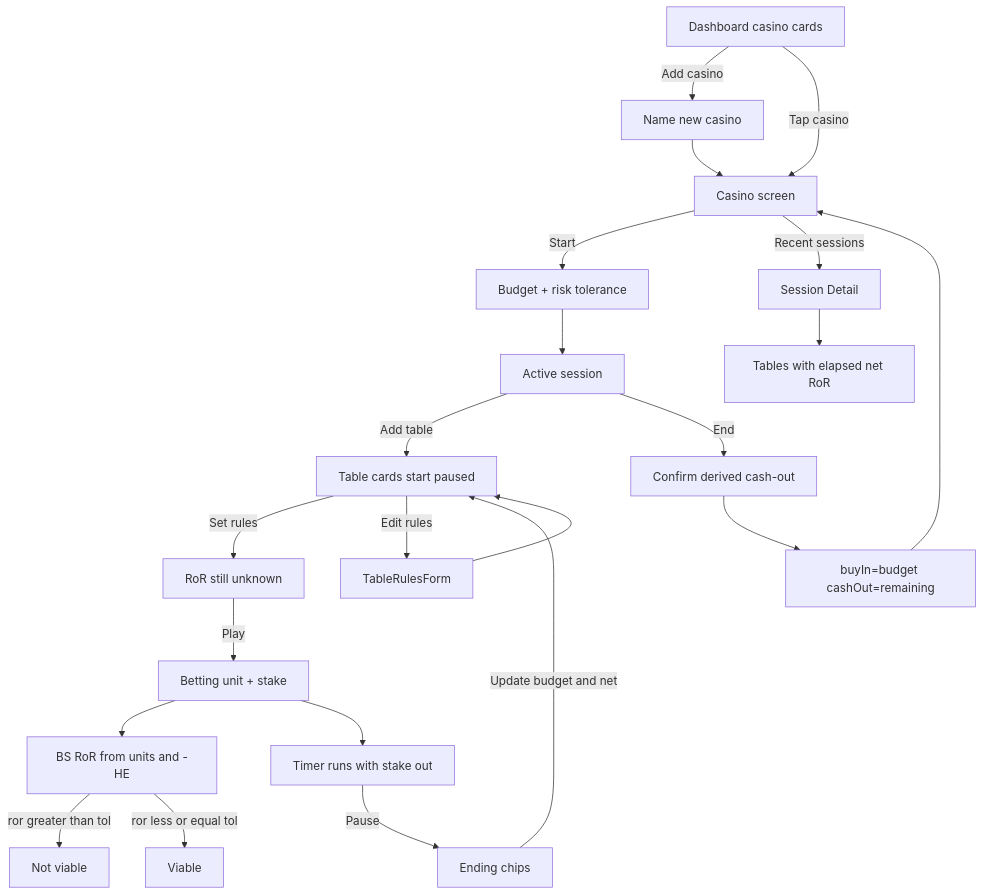
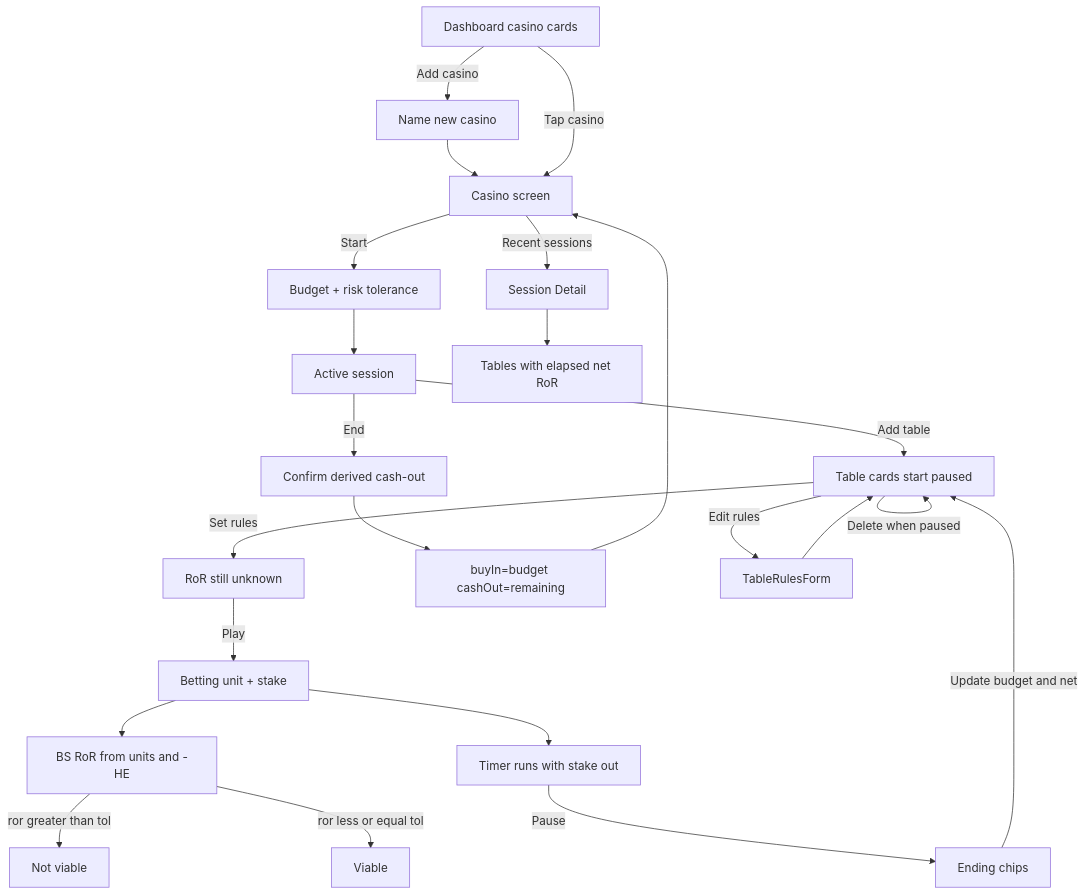
The third of 8 diagrams in docs/flow.md (Trevor5008/StackTrack), drawn with Mermaid before and after one commit. The commit also changed other lines of this file and 9 other files, not shown here.

Commit message:
fix: delete paused live tables; clarify edit-rules entry Expand card can remove paused tables (alert if still playing) Table cards display 'edit/set table rules' w/ the summary as secondary text now

````diff
--- a/docs/flow.md
+++ b/docs/flow.md
@@ -56,24 +56,25 @@
 ```mermaid
 flowchart TD
   Dashboard[Dashboard casino cards] -->|Add casino| AddCasino[Name new casino]
   AddCasino --> CasinoScreen[Casino screen]
   Dashboard -->|Tap casino| CasinoScreen
   CasinoScreen -->|Start| BudgetModal["Budget + risk tolerance"]
   BudgetModal --> Live[Active session]
   Live -->|Add table| Tables[Table cards start paused]
   Tables -->|Set rules| RulesReady[RoR still unknown]
   RulesReady -->|Play| StakeModal["Betting unit + stake"]
   StakeModal --> Calc["BS RoR from units and -HE"]
   Calc -->|ror greater than tol| Bad[Not viable]
   Calc -->|ror less or equal tol| Ok[Viable]
   StakeModal --> TableTimer[Timer runs with stake out]
   TableTimer -->|Pause| ResultsModal["Ending chips"]
   ResultsModal -->|Update budget and net| Tables
   Live -->|End| Confirm["Confirm derived cash-out"]
   Confirm --> Persist["buyIn=budget cashOut=remaining"]
   Persist --> CasinoScreen
   CasinoScreen -->|Recent sessions| Detail[Session Detail]
   Detail --> TableOverview[Tables with elapsed net RoR]
   Tables -->|Edit rules| RulesModal[TableRulesForm]
   RulesModal --> Tables
+  Tables -->|Delete when paused| Tables
 ```
````
